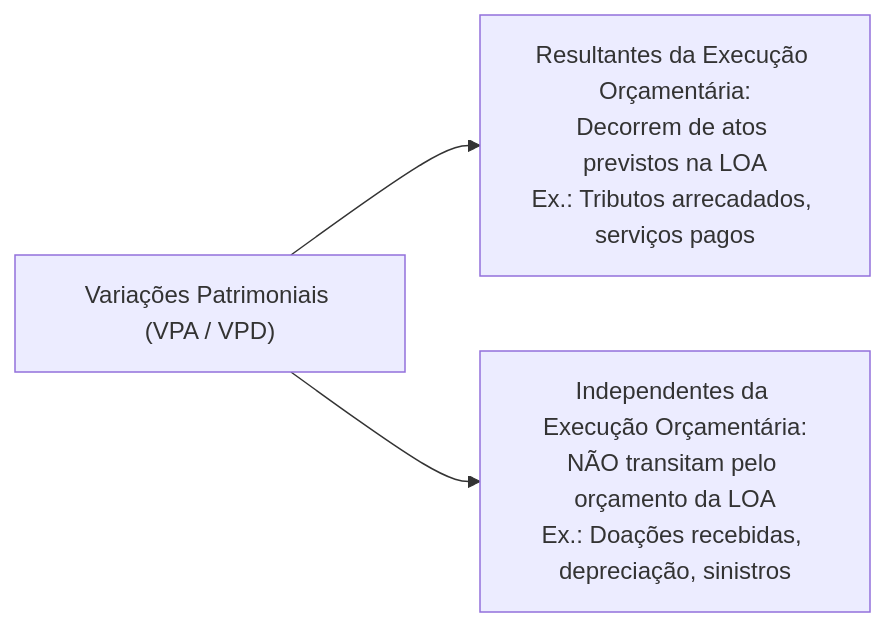
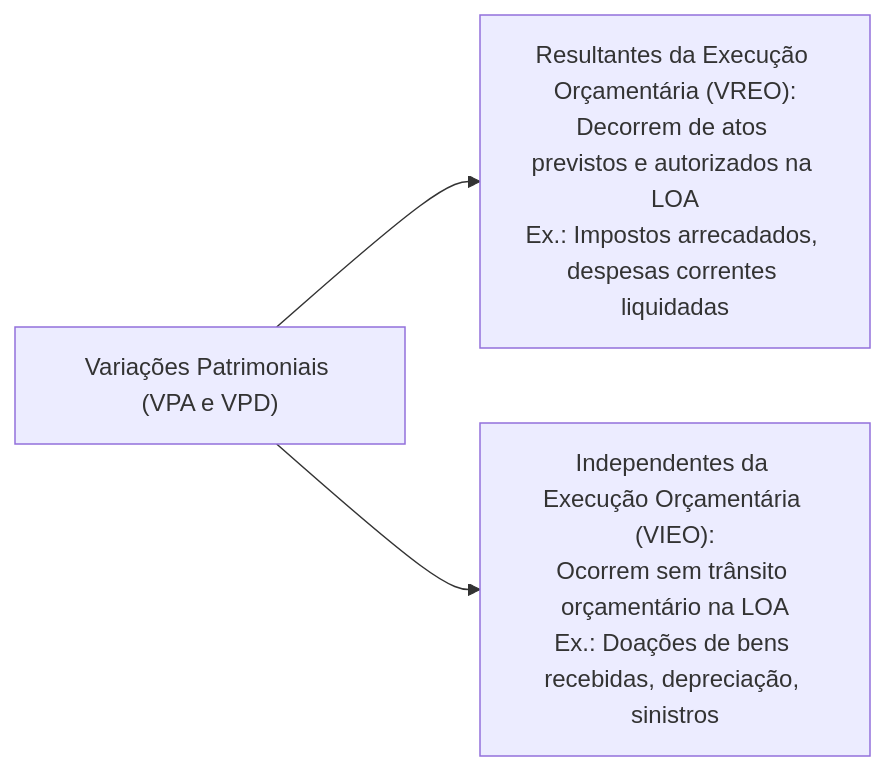
Before and after one commit to thiagosantos346/TCE-GO-2027: the second of 3 diagrams in fontes_de_estudo/conhecimentos_especificos_a01_tecnico_administrativo/20_contabilidade_aplicada_ao_setor_publico/02_mcasp_procedimentos_orcamentarios_e_patrimoniais.md, drawn with Mermaid. The commit also changed other lines of this file and 119 other files, not shown here.

````diff
--- a/fontes_de_estudo/conhecimentos_especificos_a01_tecnico_administrativo/20_contabilidade_aplicada_ao_setor_publico/02_mcasp_procedimentos_orcamentarios_e_patrimoniais.md
+++ b/fontes_de_estudo/conhecimentos_especificos_a01_tecnico_administrativo/20_contabilidade_aplicada_ao_setor_publico/02_mcasp_procedimentos_orcamentarios_e_patrimoniais.md
@@ -93,5 +95,5 @@
 ```mermaid
 flowchart LR
-    Var["Variações Patrimoniais (VPA / VPD)"] --> ResOrc["Resultantes da Execução Orçamentária:<br/>Decorrem de atos previstos na LOA<br/>Ex.: Tributos arrecadados, serviços pagos"]
-    Var --> IndOrc["Independentes da Execução Orçamentária:<br/>NÃO transitam pelo orçamento da LOA<br/>Ex.: Doações recebidas, depreciação, sinistros"]
+    Var["Variações Patrimoniais (VPA e VPD)"] --> VREO["Resultantes da Execução Orçamentária (VREO):<br/>Decorrem de atos previstos e autorizados na LOA<br/>Ex.: Impostos arrecadados, despesas correntes liquidadas"]
+    Var --> VIEO["Independentes da Execução Orçamentária (VIEO):<br/>Ocorrem sem trânsito orçamentário na LOA<br/>Ex.: Doações de bens recebidas, depreciação, sinistros"]
 ```
````
